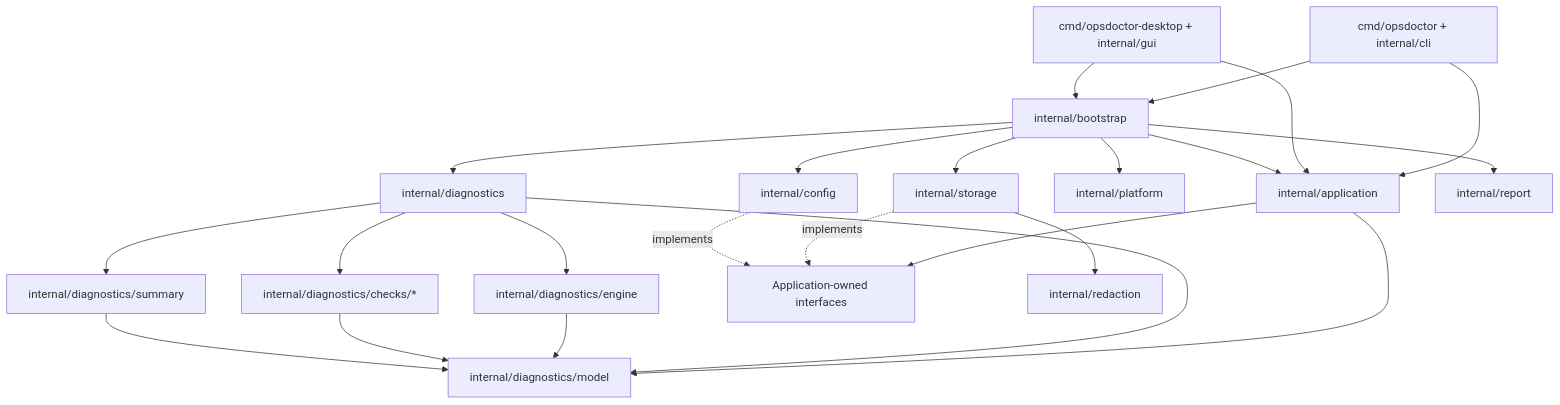
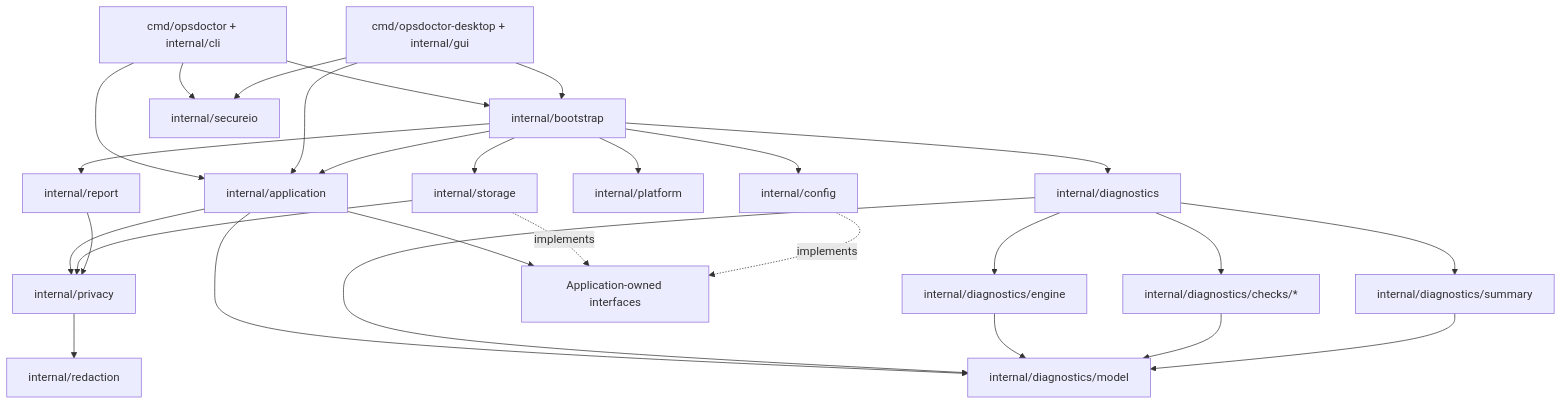
One commit to Naenier/Orynelo changed the first of 2 diagrams in docs/architecture.md. Above: the diagram before and after it, drawn with Mermaid. The commit also changed other lines of this file and 61 other files, not shown here.

````diff
--- a/docs/architecture.md
+++ b/docs/architecture.md
@@ -9,41 +9,48 @@
 ```mermaid
 flowchart TD
     CLI["cmd/opsdoctor + internal/cli"]
     GUI["cmd/opsdoctor-desktop + internal/gui"]
     BOOT["internal/bootstrap"]
     APP["internal/application"]
     RUNNER["internal/diagnostics"]
     MODEL["internal/diagnostics/model"]
     ENGINE["internal/diagnostics/engine"]
     CHECKS["internal/diagnostics/checks/*"]
     SUMMARY["internal/diagnostics/summary"]
     PORTS["Application-owned interfaces"]
     STORE["internal/storage"]
     PLATFORM["internal/platform"]
     CONFIG["internal/config"]
     REPORT["internal/report"]
     REDACT["internal/redaction"]
+    PRIVACY["internal/privacy"]
+    SECUREIO["internal/secureio"]
 
     CLI --> APP
     GUI --> APP
     CLI --> BOOT
     GUI --> BOOT
     BOOT --> APP
     BOOT --> RUNNER
     BOOT --> STORE
     BOOT --> PLATFORM
     BOOT --> CONFIG
     BOOT --> REPORT
     APP --> PORTS
     APP --> MODEL
+    APP --> PRIVACY
     RUNNER --> ENGINE
     RUNNER --> CHECKS
     RUNNER --> SUMMARY
     RUNNER --> MODEL
     ENGINE --> MODEL
     CHECKS --> MODEL
     SUMMARY --> MODEL
     STORE -. implements .-> PORTS
     CONFIG -. implements .-> PORTS
-    STORE --> REDACT
+    STORE --> PRIVACY
+    REPORT --> PRIVACY
+    PRIVACY --> REDACT
+    CLI --> SECUREIO
+    GUI --> SECUREIO
 ```
````
